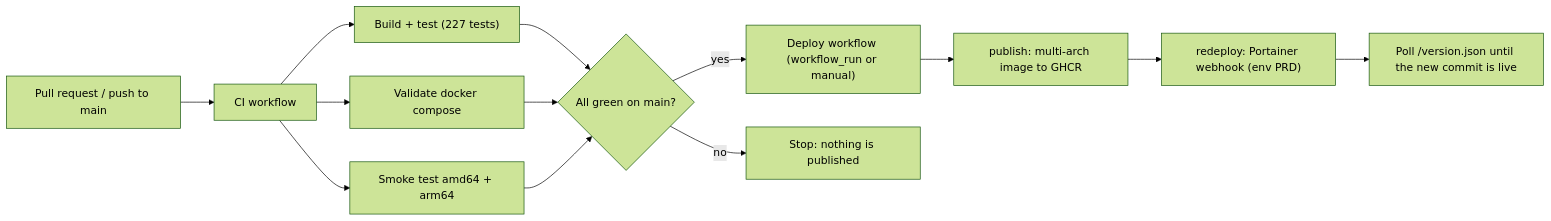
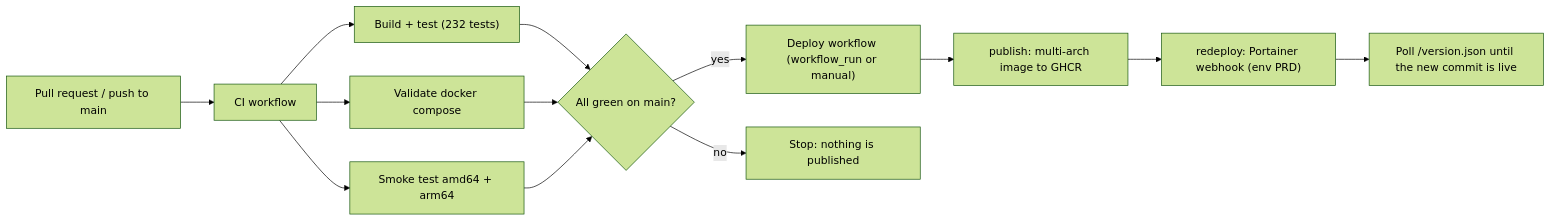
Diagram 11 of 11 in README.md (pradikta/openbible), drawn with Mermaid (forest theme) before and after one commit. The commit also changed other lines of this file and 2 other files, not shown here.

````diff
--- a/README.md
+++ b/README.md
@@ -532,13 +565,13 @@
 ```mermaid
 flowchart LR
     PR["Pull request / push to main"] --> CI["CI workflow"]
-    CI --> B["Build + test (227 tests)"]
+    CI --> B["Build + test (232 tests)"]
     CI --> C["Validate docker compose"]
     CI --> S["Smoke test amd64 + arm64"]
     B & C & S --> OK{"All green on main?"}
     OK -- yes --> D["Deploy workflow (workflow_run or manual)"]
     OK -- no --> X["Stop: nothing is published"]
     D --> P["publish: multi-arch image to GHCR"]
     P --> R["redeploy: Portainer webhook (env PRD)"]
     R --> V["Poll /version.json until the new commit is live"]
 ```
````
